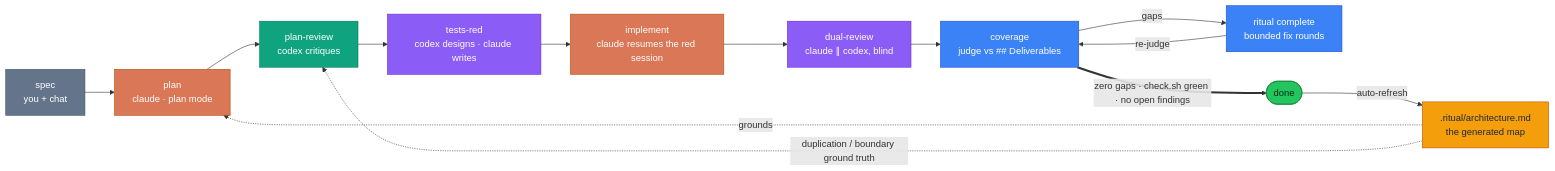
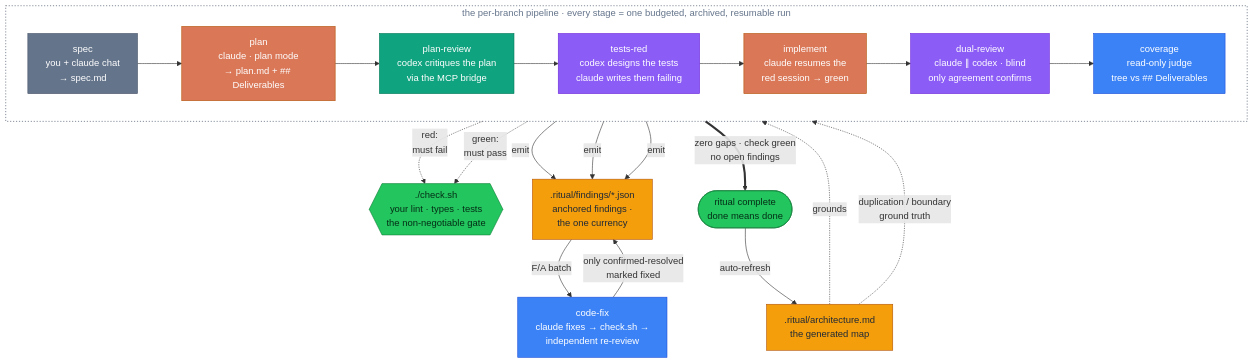
One commit to 2Tricky4u/Ritual changed the second of 3 diagrams in README.md. Above: the diagram before and after it, drawn with Mermaid. The commit also changed other lines of this file, not shown here.

````diff
--- a/README.md
+++ b/README.md
@@ -172,32 +172,48 @@
 ```mermaid
 %%{init: {"flowchart": {"curve": "basis"}}}%%
-flowchart LR
-    spec["spec<br/>you + chat"] --> plan["plan<br/>claude · plan mode"]
-    plan --> pr["plan-review<br/>codex critiques"]
-    pr --> tr["tests-red<br/>codex designs · claude writes"]
-    tr --> impl["implement<br/>claude resumes the red session"]
-    impl --> dr["dual-review<br/>claude ∥ codex, blind"]
-    dr --> cov["coverage<br/>judge vs ## Deliverables"]
-    cov -->|gaps| fix["ritual complete<br/>bounded fix rounds"]
-    fix -->|re-judge| cov
-    cov ==>|"zero gaps · check.sh green · no open findings"| done(["done"])
+flowchart TD
+    subgraph pipe ["  the per-branch pipeline · every stage = one budgeted, archived, resumable run  "]
+        direction LR
+        spec["spec<br/>you + claude chat<br/>→ spec.md"]
+        plan["plan<br/>claude · plan mode<br/>→ plan.md + ## Deliverables"]
+        pr["plan-review<br/>codex critiques the plan<br/>via the MCP bridge"]
+        tr["tests-red<br/>codex designs the tests<br/>claude writes them failing"]
+        impl["implement<br/>claude resumes the<br/>red session → green"]
+        dr["dual-review<br/>claude ∥ codex · blind<br/>only agreement confirms"]
+        cov["coverage<br/>read-only judge<br/>tree vs ## Deliverables"]
+        spec --> plan --> pr --> tr --> impl --> dr --> cov
+    end
+
     arch[".ritual/architecture.md<br/>the generated map"] -.->|grounds| plan
-    arch -.->|"duplication / boundary ground truth"| pr
+    arch -.->|"duplication / boundary<br/>ground truth"| pr
+
+    check{{"./check.sh<br/>your lint · types · tests<br/>the non-negotiable gate"}}
+    tr -.->|"red:<br/>must fail"| check
+    impl -.->|"green:<br/>must pass"| check
+
+    findings[".ritual/findings/*.json<br/>anchored findings ·<br/>the one currency"]
+    pr & dr & cov -->|emit| findings
+    findings -->|"F/A batch"| fix["code-fix<br/>claude fixes → check.sh →<br/>independent re-review"]
+    fix -->|"only confirmed-resolved<br/>marked fixed"| findings
+
+    cov ==>|"zero gaps · check green<br/>no open findings"| done(["ritual complete<br/>done means done"])
     done -->|auto-refresh| arch
 
-    %% orange = claude · teal = codex · purple = cross-model · blue = judge/driver · amber = artifact · green = done
+    %% orange = claude · teal = codex · purple = cross-model · blue = judge/driver · amber = artifact · green = gate/done
     classDef you fill:#64748b,stroke:#475569,color:#ffffff
     classDef claude fill:#d97757,stroke:#b45309,color:#ffffff
     classDef codex fill:#10a37f,stroke:#047857,color:#ffffff
     classDef both fill:#8b5cf6,stroke:#6d28d9,color:#ffffff
     classDef judge fill:#3b82f6,stroke:#1d4ed8,color:#ffffff
     classDef artifact fill:#f59e0b,stroke:#b45309,color:#1f2937
     classDef ok fill:#22c55e,stroke:#15803d,color:#052e16
+    classDef laneframe fill:transparent,stroke:#334155,stroke-dasharray:2 3,color:#64748b
     class spec you
     class plan,impl claude
     class pr codex
     class tr,dr both
     class cov,fix judge
-    class arch artifact
-    class done ok
+    class arch,findings artifact
+    class check,done ok
+    class pipe laneframe
 ```
````
